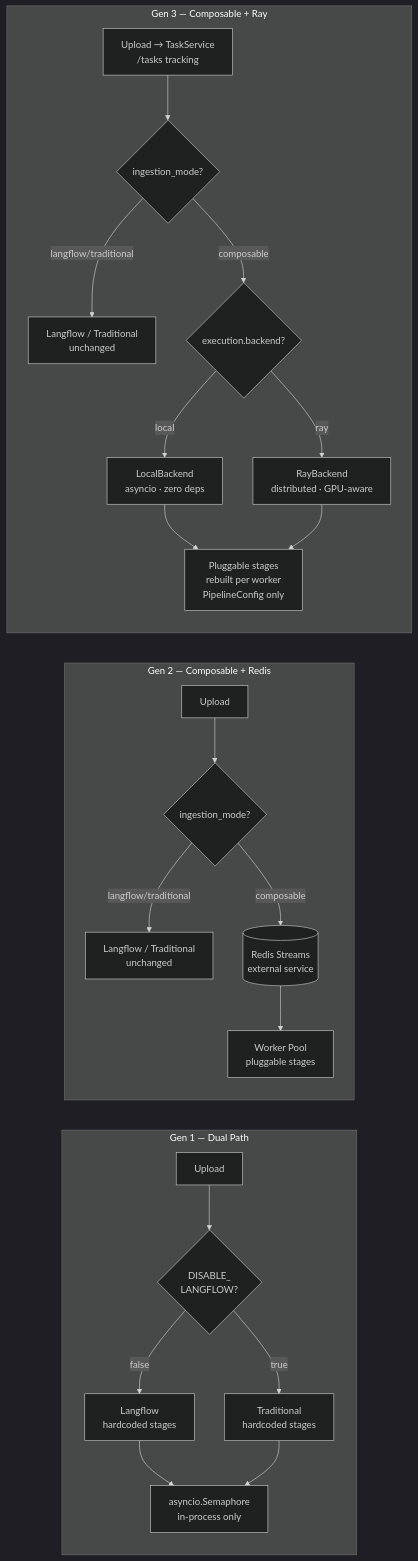
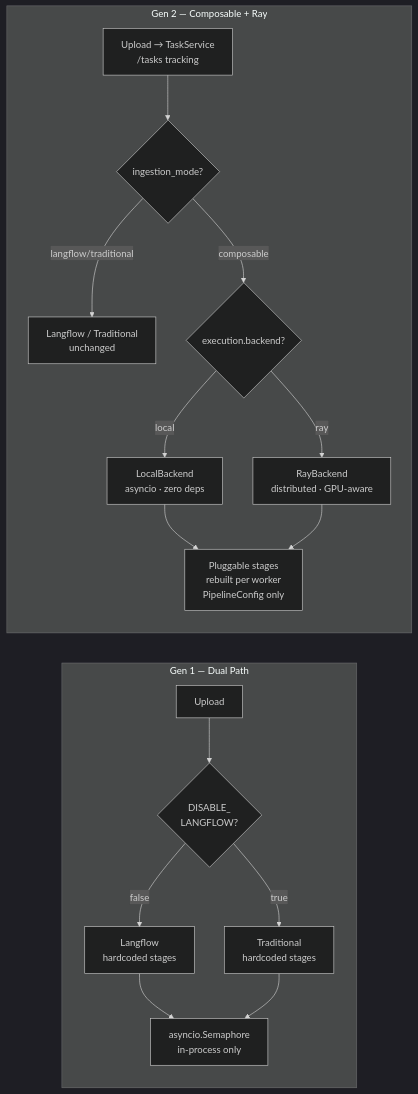
The third of 5 diagrams in Arch/diagram.md (AgNess-G/openrag), drawn with Mermaid (dark theme) before and after one commit. The commit also changed other lines of this file, not shown here.

````diff
--- a/Arch/diagram.md
+++ b/Arch/diagram.md
@@ -189,43 +127,31 @@
 ```mermaid
 flowchart LR
     subgraph gen1 [Gen 1 — Dual Path]
         direction TB
         G1A["Upload"]
         G1B{"DISABLE_\nLANGFLOW?"}
         G1C["Langflow\nhardcoded stages"]
         G1D["Traditional\nhardcoded stages"]
         G1E["asyncio.Semaphore\nin-process only"]
         G1A --> G1B
         G1B -->|false| G1C
         G1B -->|true| G1D
         G1C & G1D --> G1E
     end
 
-    subgraph gen2 [Gen 2 — Composable + Redis]
-        direction TB
-        G2A["Upload"]
-        G2B{"ingestion_mode?"}
-        G2C["Langflow / Traditional\nunchanged"]
-        G2D[("Redis Streams\nexternal service")]
-        G2E["Worker Pool\npluggable stages"]
-        G2A --> G2B
-        G2B -->|"langflow/traditional"| G2C
-        G2B -->|"composable"| G2D --> G2E
-    end
-
-    subgraph gen3 [Gen 3 — Composable + Ray]
+    subgraph gen2 [Gen 2 — Composable + Ray]
         direction TB
         G3A["Upload → TaskService\n/tasks tracking"]
         G3B{"ingestion_mode?"}
         G3C["Langflow / Traditional\nunchanged"]
         G3D{"execution.backend?"}
         G3E["LocalBackend\nasyncio · zero deps"]
         G3F["RayBackend\ndistributed · GPU-aware"]
         G3G["Pluggable stages\nrebuilt per worker\nPipelineConfig only"]
         G3A --> G3B
         G3B -->|"langflow/traditional"| G3C
         G3B -->|"composable"| G3D
         G3D -->|"local"| G3E --> G3G
         G3D -->|"ray"| G3F --> G3G
     end
 ```
````
